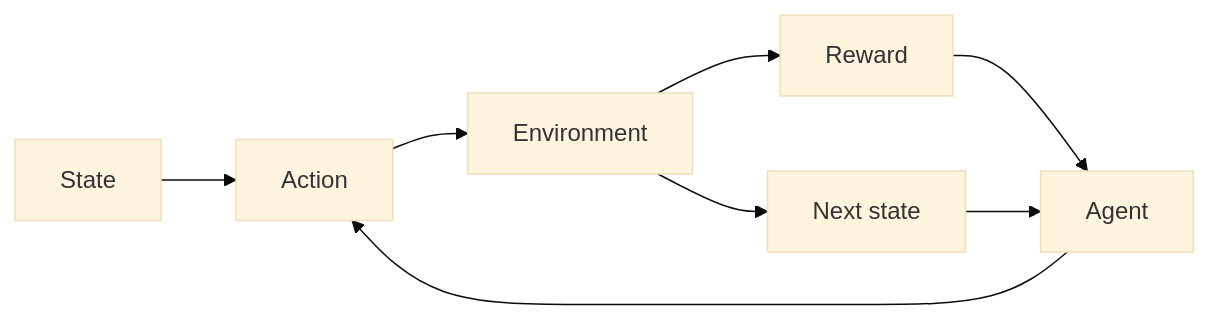
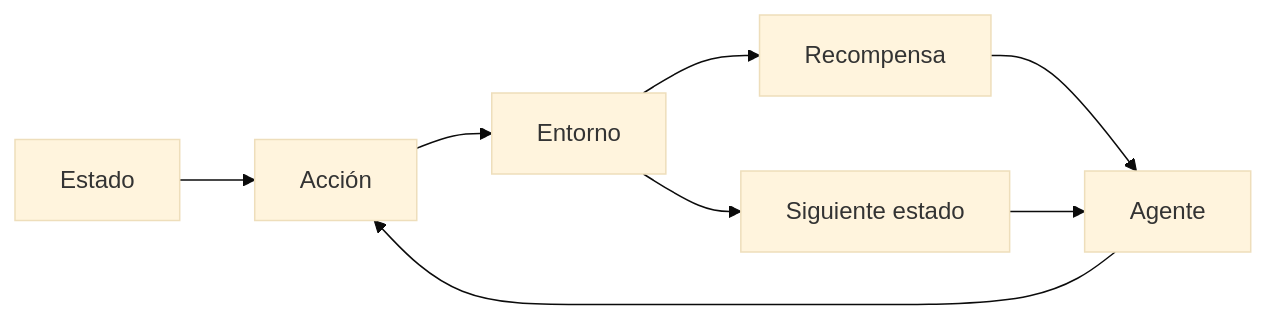
Before and after one commit to EmersonBraun/ai-summary-hub: the diagram in i18n/es/docusaurus-plugin-content-docs/current/rl/index.md, drawn with Mermaid (base theme). The commit also changed other lines of this file and 230 other files, not shown here.

````diff
--- a/i18n/es/docusaurus-plugin-content-docs/current/rl/index.md
+++ b/i18n/es/docusaurus-plugin-content-docs/current/rl/index.md
@@ -19,10 +21,10 @@
 ```mermaid
 flowchart LR
-  S[State] --> A[Action]
-  A --> E[Environment]
-  E --> R[Reward]
-  E --> S2[Next state]
-  R --> Agent[Agent]
+  S[Estado] --> A[Acción]
+  A --> E[Entorno]
+  E --> R[Recompensa]
+  E --> S2[Siguiente estado]
+  R --> Agent[Agente]
   S2 --> Agent
   Agent --> A
 ```
````
